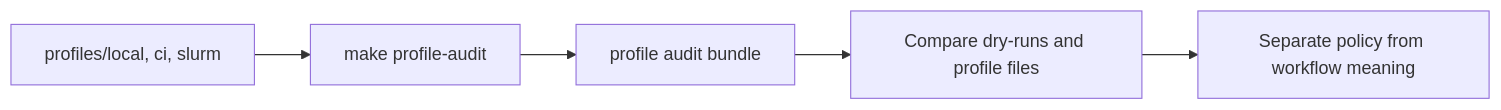
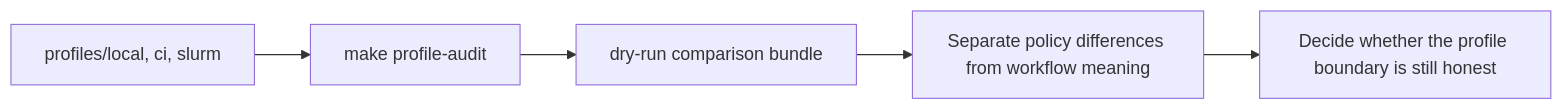
The second of 2 diagrams in programs/reproducible-research/deep-dive-snakemake/capstone/docs/PROFILE_AUDIT_GUIDE.md (bijux/bijux-masterclass), drawn with Mermaid before and after one commit. The commit also changed other lines of this file, not shown here.

Commit message:
docs(capstone): correct deep-dive-snakemake profile audit route

````diff
--- a/programs/reproducible-research/deep-dive-snakemake/capstone/docs/PROFILE_AUDIT_GUIDE.md
+++ b/programs/reproducible-research/deep-dive-snakemake/capstone/docs/PROFILE_AUDIT_GUIDE.md
@@ -22,7 +21,7 @@
 ```mermaid
 flowchart LR
   profiles["profiles/local, ci, slurm"] --> audit["make profile-audit"]
-  audit --> bundle["profile audit bundle"]
-  bundle --> compare["Compare dry-runs and profile files"]
-  compare --> decision["Separate policy from workflow meaning"]
+  audit --> bundle["dry-run comparison bundle"]
+  bundle --> compare["Separate policy differences from workflow meaning"]
+  compare --> decision["Decide whether the profile boundary is still honest"]
 ```
````
